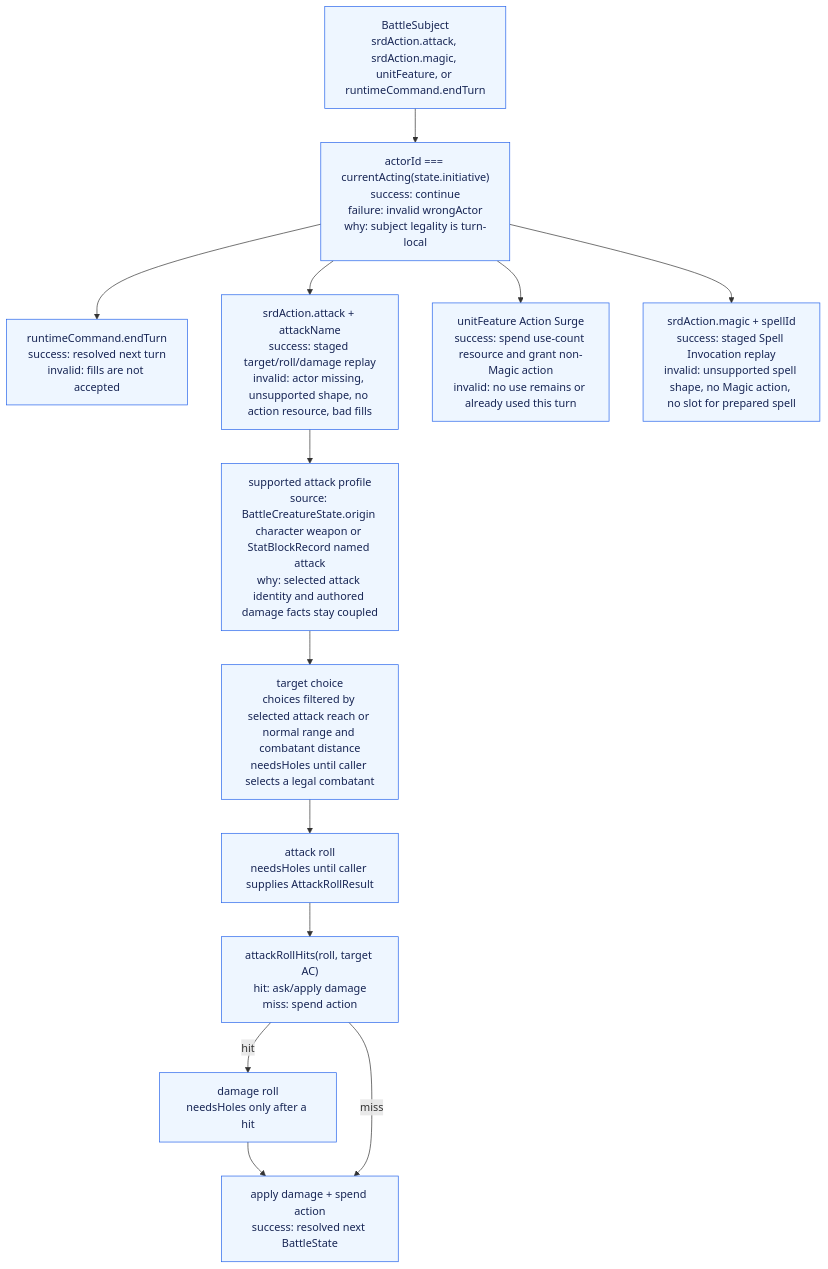
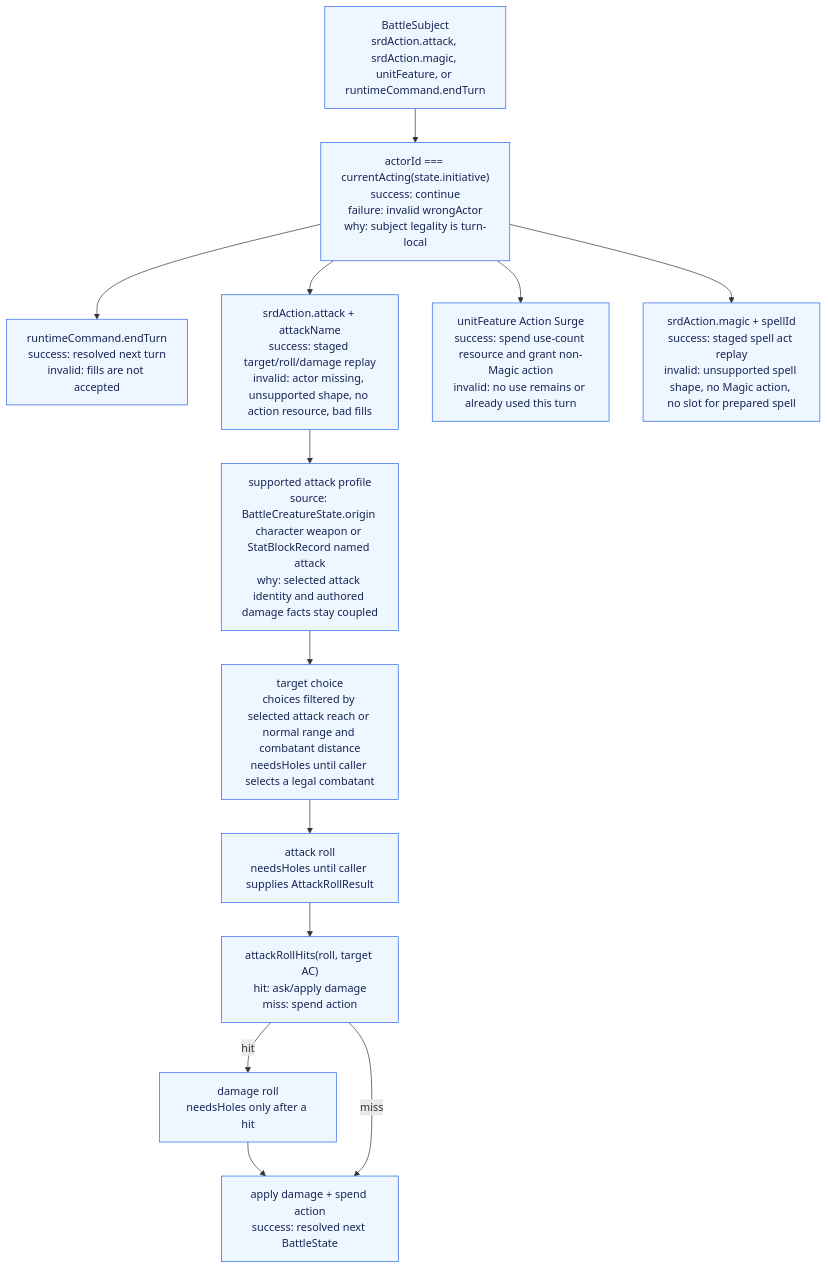
Before and after one commit to dearlordylord/5e-quint: the second of 2 diagrams in packages/battle-runtime/ARCHITECTURE_GRAPH.md, drawn with Mermaid. The commit also changed other lines of this file and 22 other files, not shown here.

````diff
--- a/packages/battle-runtime/ARCHITECTURE_GRAPH.md
+++ b/packages/battle-runtime/ARCHITECTURE_GRAPH.md
@@ -65,26 +65,26 @@
 ```mermaid
 flowchart TD
   Subject["BattleSubject<br/>srdAction.attack, srdAction.magic, unitFeature, or runtimeCommand.endTurn"]
   CurrentActor["actorId === currentActing(state.initiative)<br/>success: continue<br/>failure: invalid wrongActor<br/>why: subject legality is turn-local"]
   EndTurn["runtimeCommand.endTurn<br/>success: resolved next turn<br/>invalid: fills are not accepted"]
   Attack["srdAction.attack + attackName<br/>success: staged target/roll/damage replay<br/>invalid: actor missing, unsupported shape, no action resource, bad fills"]
   UnitFeature["unitFeature Action Surge<br/>success: spend use-count resource and grant non-Magic action<br/>invalid: no use remains or already used this turn"]
-  Magic["srdAction.magic + spellId<br/>success: staged Spell Invocation replay<br/>invalid: unsupported spell shape, no Magic action, no slot for prepared spell"]
+  Magic["srdAction.magic + spellId<br/>success: staged spell act replay<br/>invalid: unsupported spell shape, no Magic action, no slot for prepared spell"]
   AttackProfile["supported attack profile<br/>source: BattleCreatureState.origin character weapon or StatBlockRecord named attack<br/>why: selected attack identity and authored damage facts stay coupled"]
   Target["target choice<br/>choices filtered by selected attack reach or normal range and combatant distance<br/>needsHoles until caller selects a legal combatant"]
   Roll["attack roll<br/>needsHoles until caller supplies AttackRollResult"]
   HitCheck["attackRollHits(roll, target AC)<br/>hit: ask/apply damage<br/>miss: spend action"]
   DamageHole["damage roll<br/>needsHoles only after a hit"]
   Apply["apply damage + spend action<br/>success: resolved next BattleState"]
 
   Subject --> CurrentActor
   CurrentActor --> EndTurn
   CurrentActor --> Attack --> AttackProfile --> Target --> Roll --> HitCheck
   CurrentActor --> UnitFeature
   CurrentActor --> Magic
   HitCheck -->|hit| DamageHole --> Apply
   HitCheck -->|miss| Apply
 
   classDef implemented fill:#eef6ff,stroke:#2563eb,color:#172554;
   class Subject,CurrentActor,EndTurn,Attack,UnitFeature,Magic,AttackProfile,Target,Roll,HitCheck,DamageHole,Apply implemented;
 ```
````
